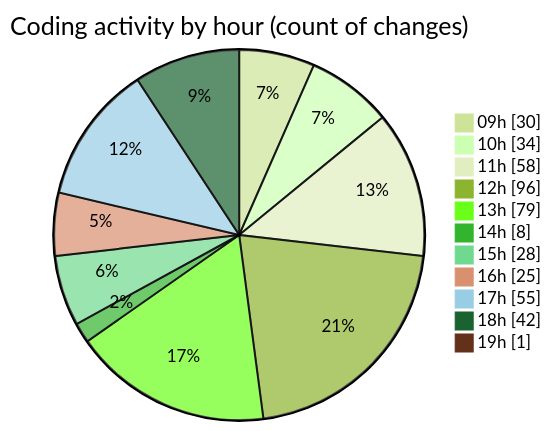
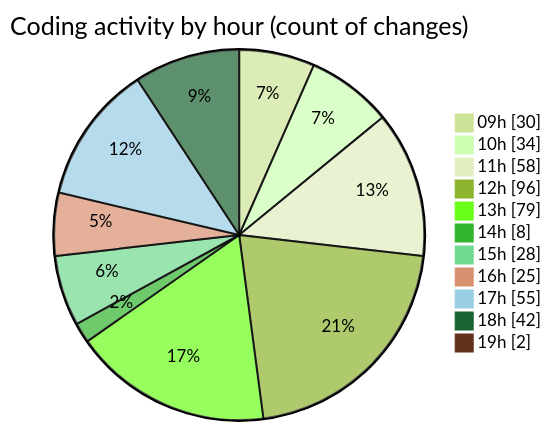
Before and after one commit to momahboobian/code-tracking: the second of 2 diagrams in 2025-04-02/cda/README.md, drawn with Mermaid (forest theme). The commit also changed other lines of this file and 1 other file, not shown here.

````diff
--- a/2025-04-02/cda/README.md
+++ b/2025-04-02/cda/README.md
@@ -40,15 +40,15 @@
 ```mermaid
 pie showData
 title Coding activity by hour (count of changes)
 "09h" : 30
 "10h" : 34
 "11h" : 58
 "12h" : 96
 "13h" : 79
 "14h" : 8
 "15h" : 28
 "16h" : 25
 "17h" : 55
 "18h" : 42
-"19h" : 1
+"19h" : 2
 ```
````
